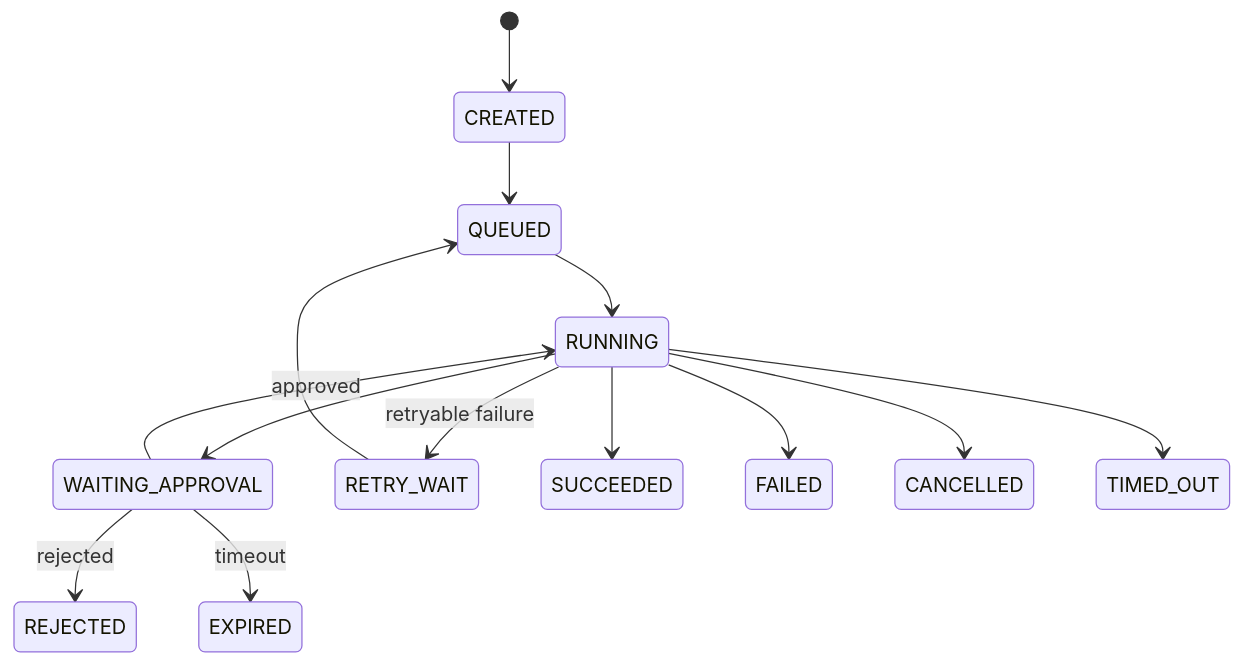
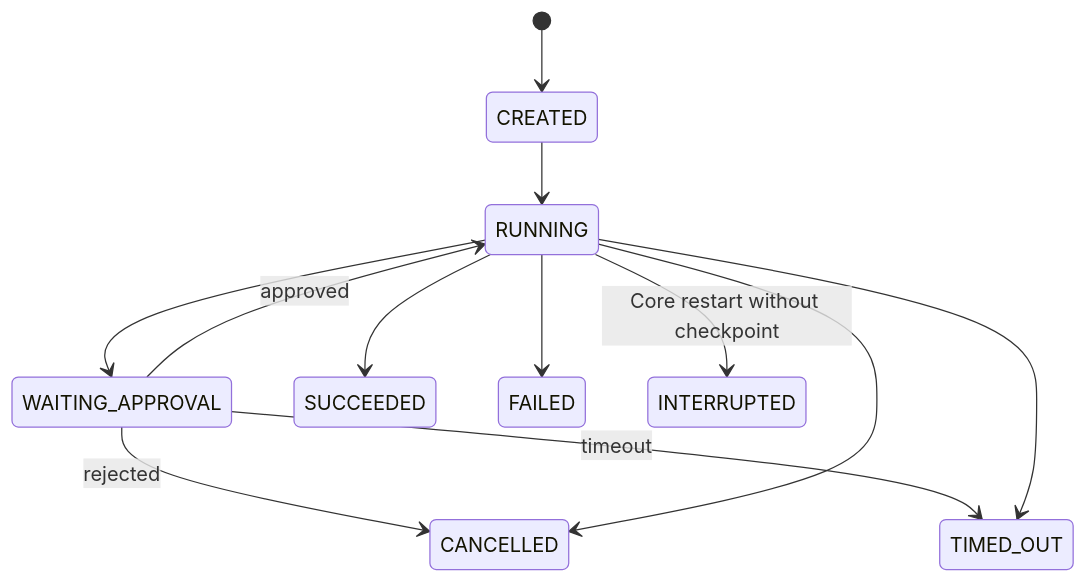
One commit to Mime-AL/MaigoKite changed the diagram in docs/design/BackendDesign.md. Above: the diagram before and after it, drawn with Mermaid. The commit also changed other lines of this file and 104 other files, not shown here.

````diff
--- a/docs/design/BackendDesign.md
+++ b/docs/design/BackendDesign.md
@@ -118,16 +117,14 @@
 ```mermaid
 stateDiagram-v2
     [*] --> CREATED
-    CREATED --> QUEUED
-    QUEUED --> RUNNING
+    CREATED --> RUNNING
     RUNNING --> WAITING_APPROVAL
     WAITING_APPROVAL --> RUNNING: approved
-    WAITING_APPROVAL --> REJECTED: rejected
-    WAITING_APPROVAL --> EXPIRED: timeout
-    RUNNING --> RETRY_WAIT: retryable failure
-    RETRY_WAIT --> QUEUED
+    WAITING_APPROVAL --> CANCELLED: rejected
+    WAITING_APPROVAL --> TIMED_OUT: timeout
     RUNNING --> SUCCEEDED
     RUNNING --> FAILED
     RUNNING --> CANCELLED
     RUNNING --> TIMED_OUT
+    RUNNING --> INTERRUPTED: Core restart without checkpoint
 ```
````
